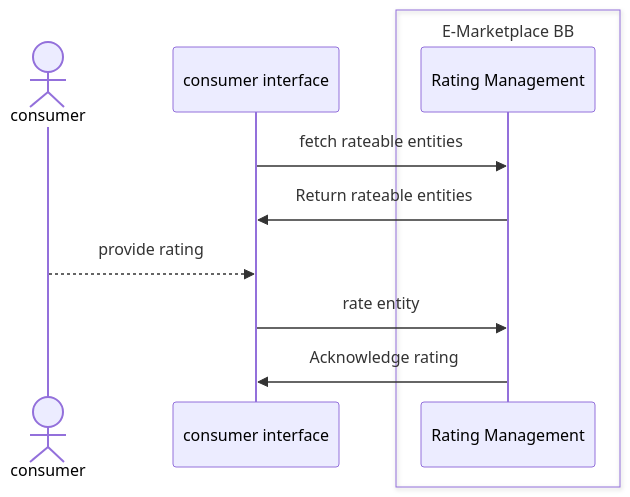
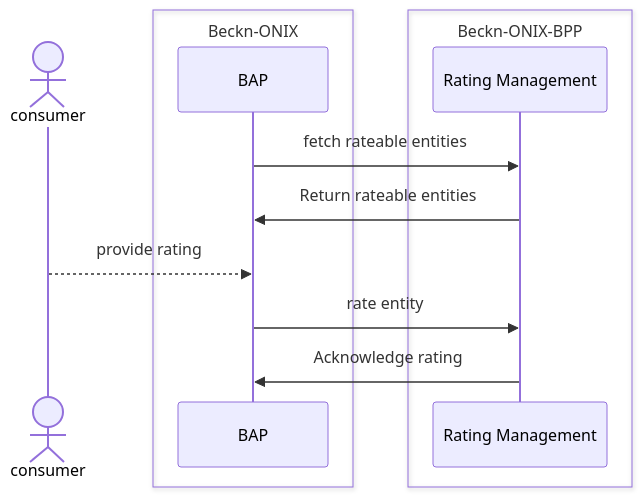
Diagram 15 of 17 in README.md (rajaneeshk90/gitbook-exp), drawn with Mermaid before and after one commit. The commit also changed other lines of this file, not shown here.

Commit message:
GITBOOK-7: Updated sequence diagram for all APIs

````diff
--- a/README.md
+++ b/README.md
@@ -384,14 +416,16 @@
 ```mermaid
 sequenceDiagram
     Actor consumer
-    participant consumer interface
-    box E-Marketplace BB
+    box Beckn-ONIX
+    participant BAP
+    end
+    box Beckn-ONIX-BPP
     participant Rating Management
     end
-    consumer interface->>Rating Management: fetch rateable entities
-    Rating Management->>consumer interface: Return rateable entities
-    consumer-->>consumer interface: provide rating
-    consumer interface->>Rating Management: rate entity
-    Rating Management->>consumer interface: Acknowledge rating
- 
+    BAP->>Rating Management: fetch rateable entities
+    Rating Management->>BAP: Return rateable entities
+    consumer-->>BAP: provide rating
+    BAP->>Rating Management: rate entity
+    Rating Management->>BAP: Acknowledge rating
+
 ```
````
